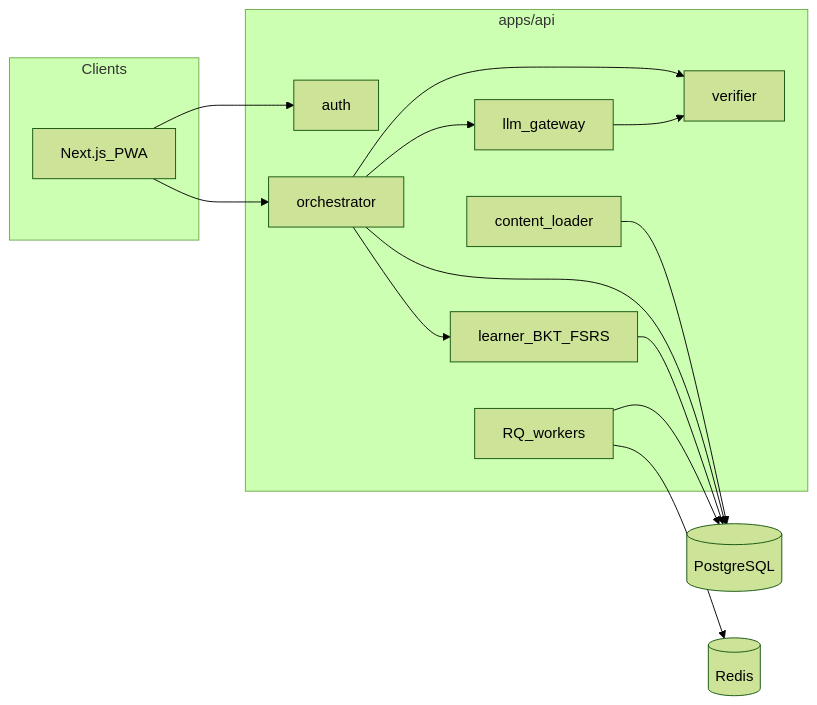
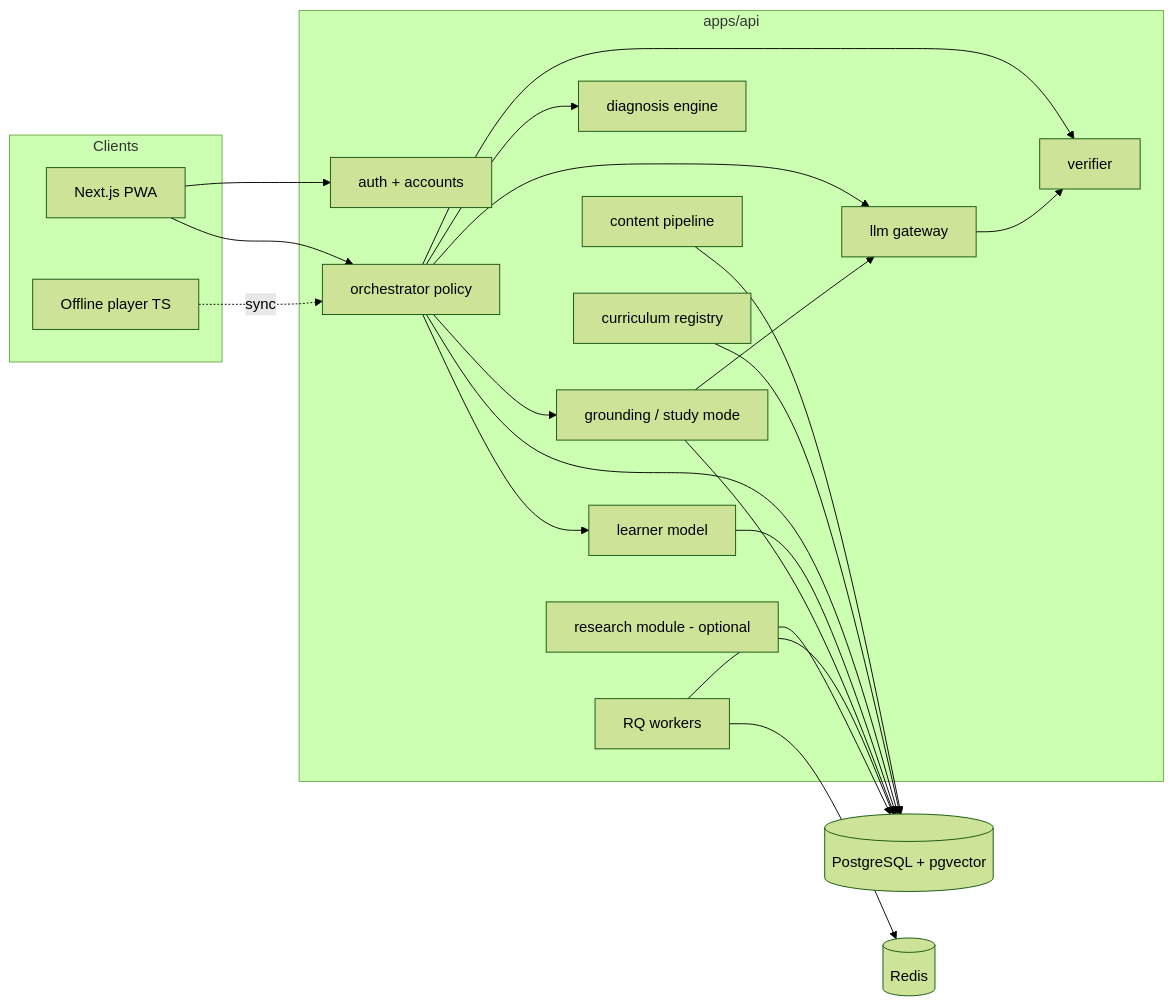
The first of 2 diagrams in ARCHITECTURE.md (CrusoO/YourTutor), drawn with Mermaid (forest theme) before and after one commit. The commit also changed other lines of this file, not shown here.

Commit message:
ARCHITECTURE v2: record G0 as-built details (config layout, i18n, time zone, quiet hours, migrations)

````diff
--- a/ARCHITECTURE.md
+++ b/ARCHITECTURE.md
@@ -37,26 +44,39 @@
 ```mermaid
 flowchart LR
   subgraph clients [Clients]
-    PWA[Next.js_PWA]
+    PWA[Next.js PWA]
+    OFF[Offline player TS]
   end
   subgraph api [apps/api]
-    Auth[auth]
-    Orch[orchestrator]
+    Auth[auth + accounts]
+    Cur[curriculum registry]
+    Orch[orchestrator policy]
+    Diag[diagnosis engine]
     Ver[verifier]
-    Learn[learner_BKT_FSRS]
-    LLM[llm_gateway]
-    Content[content_loader]
-    Jobs[RQ_workers]
+    Learn[learner model]
+    Ground[grounding / study mode]
+    LLM[llm gateway]
+    Content[content pipeline]
+    Res[research module - optional]
+    Jobs[RQ workers]
   end
   PWA --> Auth
   PWA --> Orch
+  OFF -. sync .-> Orch
+  Orch --> Diag
   Orch --> Ver
   Orch --> Learn
+  Orch --> Ground
   Orch --> LLM
+  Ground --> LLM
   LLM --> Ver
-  Content --> PG[(PostgreSQL)]
+  Content --> PG[(PostgreSQL + pgvector)]
+  Cur --> PG
   Orch --> PG
   Learn --> PG
+  Ground --> PG
   Jobs --> Redis[(Redis)]
   Jobs --> PG
+  Res --> PG
+
 ```
````
